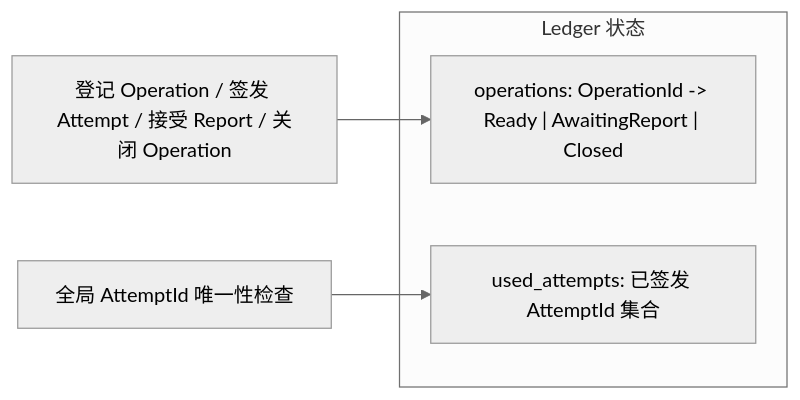
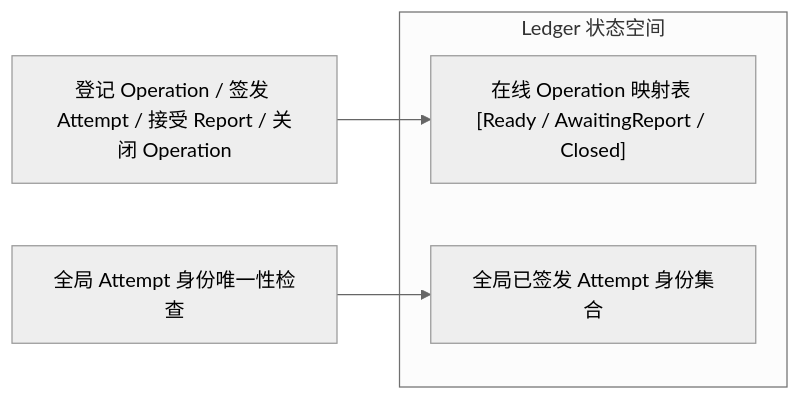
One commit to Everfold/Beamlet changed the first of 2 diagrams in spec/02-ledger.md. Above: the diagram before and after it, drawn with Mermaid (neutral theme). The commit also changed other lines of this file and 16 other files, not shown here.

````diff
--- a/spec/02-ledger.md
+++ b/spec/02-ledger.md
@@ -10,10 +10,10 @@
 ```mermaid
 flowchart LR
-    subgraph Ledger["Ledger 状态"]
-        OPS["operations: OperationId -> Ready | AwaitingReport | Closed"]
-        USED["used_attempts: 已签发 AttemptId 集合"]
+    subgraph Ledger["Ledger 状态空间"]
+        OPS["在线 Operation 映射表 [Ready / AwaitingReport / Closed]"]
+        USED["全局已签发 Attempt 身份集合"]
     end
 
     ACT["登记 Operation / 签发 Attempt / 接受 Report / 关闭 Operation"] --> OPS
-    UNIQ["全局 AttemptId 唯一性检查"] --> USED
+    UNIQ["全局 Attempt 身份唯一性检查"] --> USED
 ```
````
